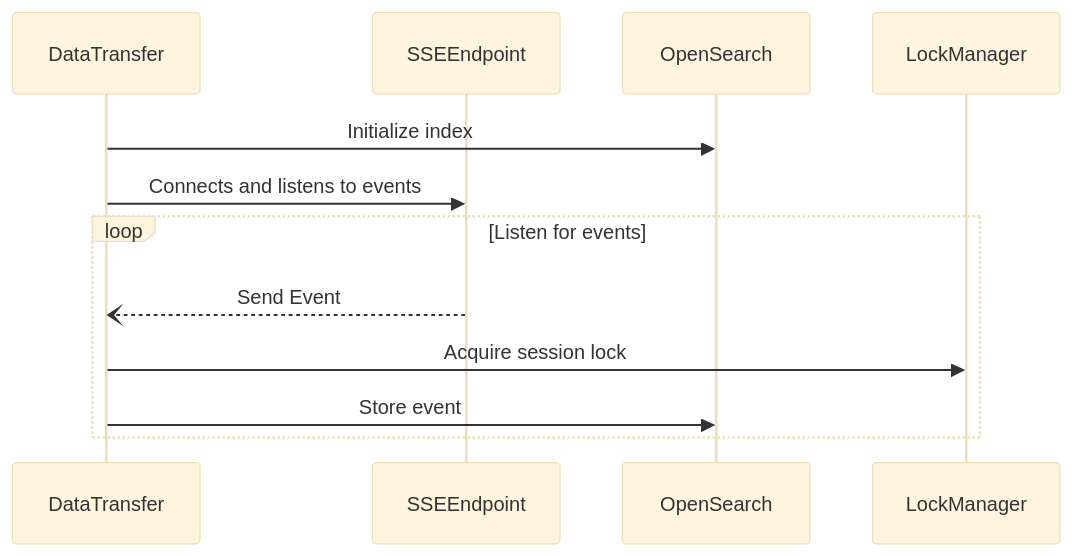
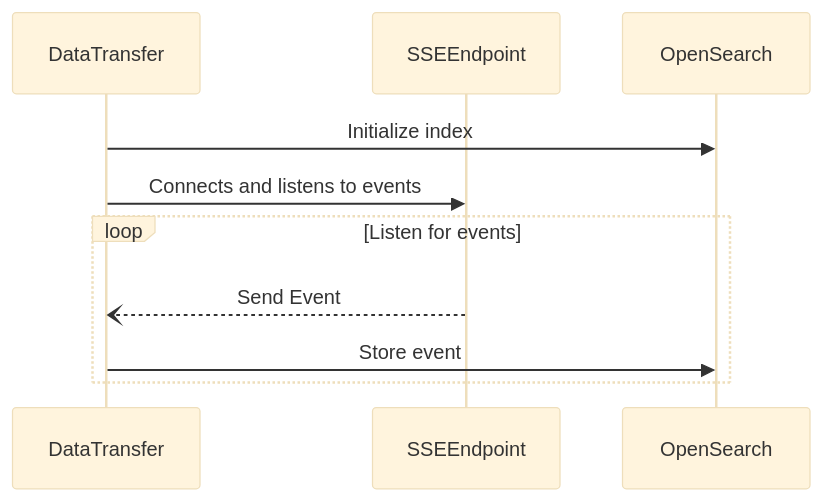
Before and after one commit to SRGSSR/pillarbox-monitoring-transfer: the diagram in README.md, drawn with Mermaid (base theme). The commit also changed other lines of this file, not shown here.

First line of the commit message:
docs: remove lock manager reference add session consolidation docuemntation

````diff
--- a/README.md
+++ b/README.md
@@ -68,13 +68,12 @@
 ```mermaid
 sequenceDiagram
   participant DataTransfer
   participant SSEEndpoint
   participant OpenSearch
   DataTransfer ->> OpenSearch: Initialize index
   DataTransfer ->> SSEEndpoint: Connects and listens to events
   loop Listen for events
     SSEEndpoint --) DataTransfer: Send Event
-    DataTransfer ->> LockManager: Acquire session lock
     DataTransfer ->> OpenSearch: Store event
   end
 ```
````
